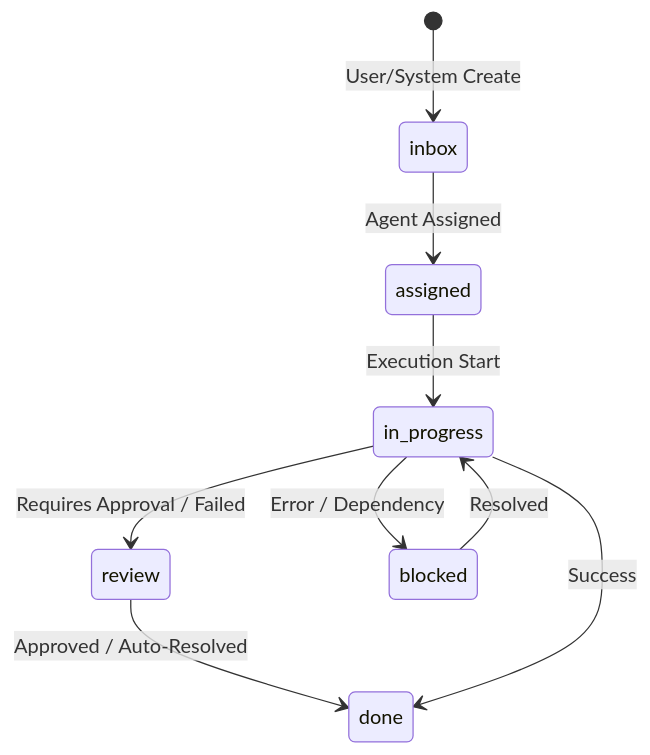
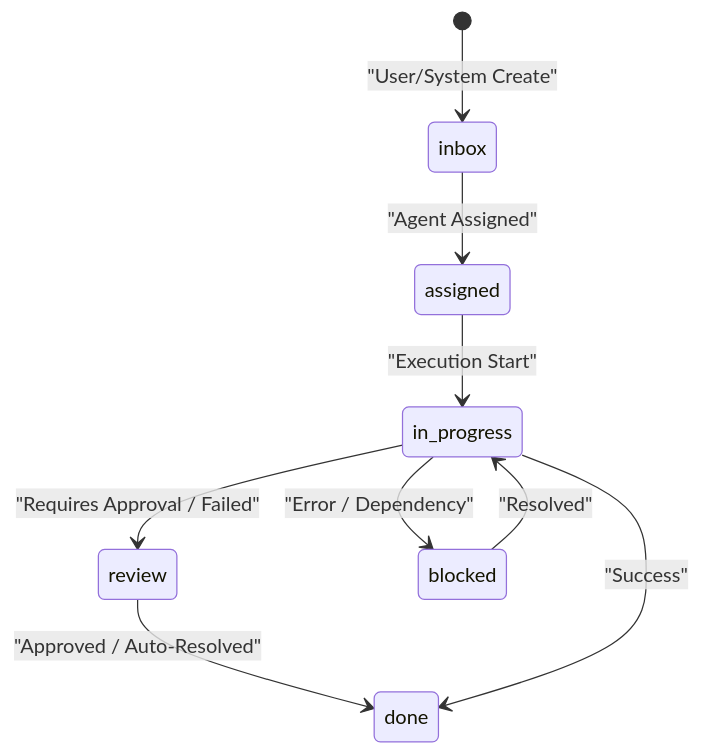
The second of 3 diagrams in docs/workspace-execution/task-management-board-integration.md (AutomatosAI/automatos-ai), drawn with Mermaid before and after one commit. The commit also changed other lines of this file and 153 other files, not shown here.

````diff
--- a/docs/workspace-execution/task-management-board-integration.md
+++ b/docs/workspace-execution/task-management-board-integration.md
@@ -100,11 +100,11 @@
 ```mermaid
 stateDiagram-v2
-    [*] --> inbox: User/System Create
-    inbox --> assigned: Agent Assigned
-    assigned --> in_progress: Execution Start
-    in_progress --> review: Requires Approval / Failed
-    review --> done: Approved / Auto-Resolved
-    in_progress --> blocked: Error / Dependency
-    blocked --> in_progress: Resolved
-    in_progress --> done: Success
+    [*] --> inbox: "User/System Create"
+    inbox --> assigned: "Agent Assigned"
+    assigned --> in_progress: "Execution Start"
+    in_progress --> review: "Requires Approval / Failed"
+    review --> done: "Approved / Auto-Resolved"
+    in_progress --> blocked: "Error / Dependency"
+    blocked --> in_progress: "Resolved"
+    in_progress --> done: "Success"
 ```
````
